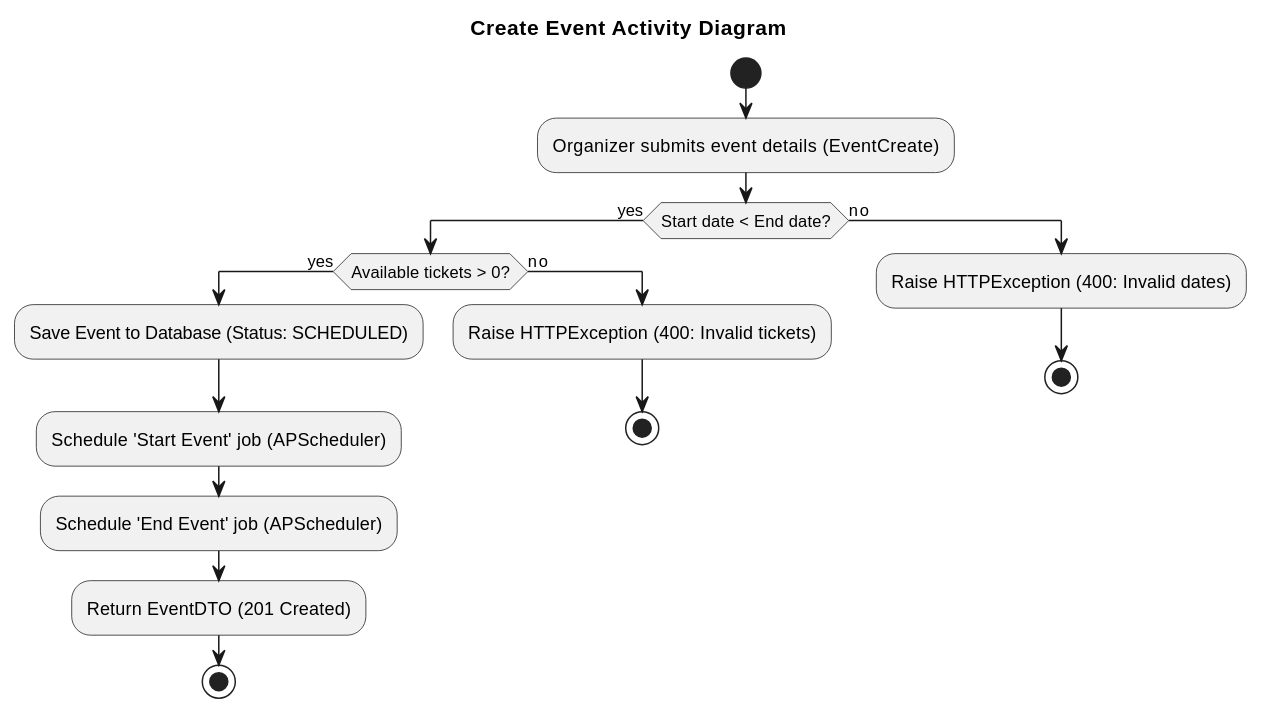
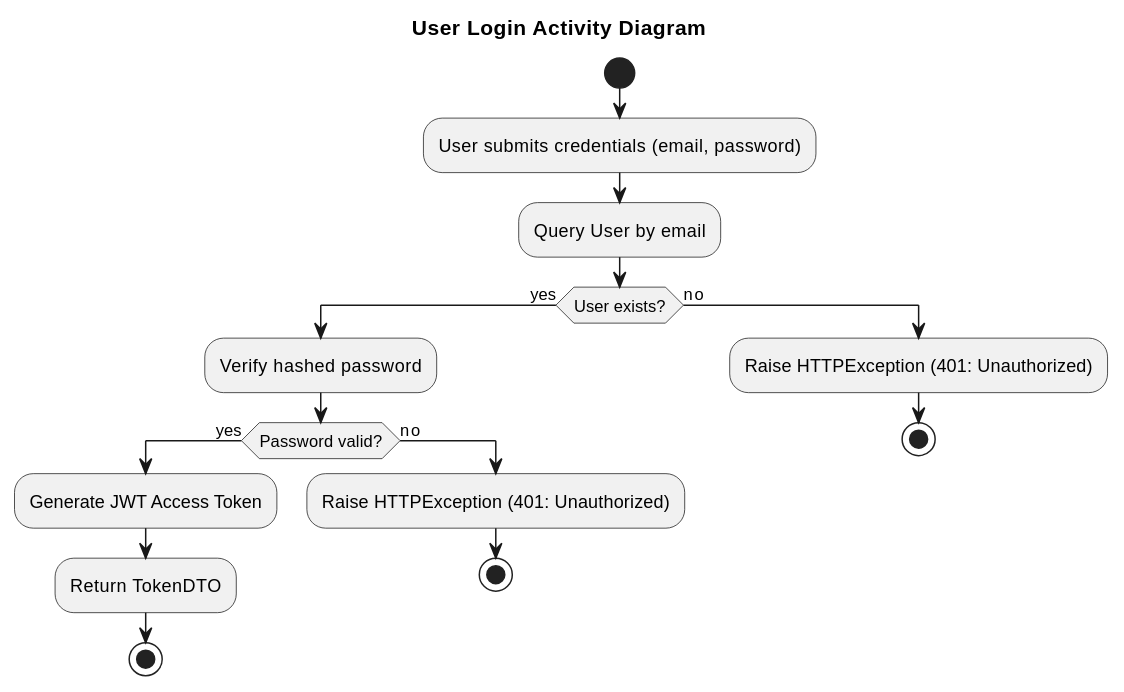
The second of 5 diagrams in diagrams/ACTIVITY_DIAGRAMS.md (NikosKoutsoukosPrelorentzos/you-want-ticket), drawn with PlantUML before and after one commit. The commit also changed other lines of this file and 17 other files, not shown here.

First line of the commit message:
Refactor diagrams and update documentation for Sprint 2

````diff
--- a/diagrams/ACTIVITY_DIAGRAMS.md
+++ b/diagrams/ACTIVITY_DIAGRAMS.md
@@ -8,22 +30,22 @@
 ```plantuml
 @startuml
-title Create Event Activity Diagram
+title User Login Activity Diagram
 start
-:Organizer submits event details (EventCreate);
-if (Start date < End date?) then (yes)
-  if (Available tickets > 0?) then (yes)
-    :Save Event to Database (Status: SCHEDULED);
-    :Schedule 'Start Event' job (APScheduler);
-    :Schedule 'End Event' job (APScheduler);
-    :Return EventDTO (201 Created);
+:User submits credentials (email, password);
+:Query User by email;
+if (User exists?) then (yes)
+  :Verify hashed password;
+  if (Password valid?) then (yes)
+    :Generate JWT Access Token;
+    :Return TokenDTO;
     stop
   else (no)
-    :Raise HTTPException (400: Invalid tickets);
+    :Raise HTTPException (401: Unauthorized);
     stop
   endif
 else (no)
-  :Raise HTTPException (400: Invalid dates);
+  :Raise HTTPException (401: Unauthorized);
   stop
 endif
 @enduml
 ```
````
